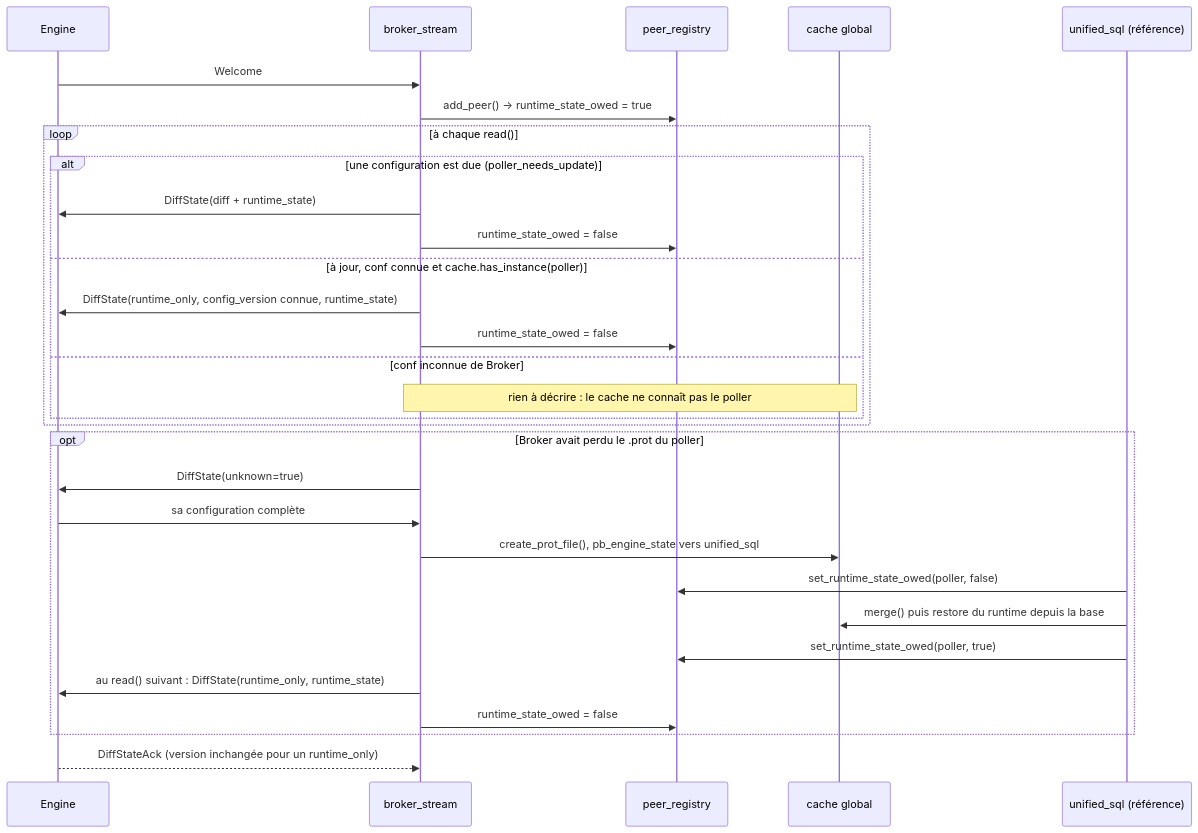
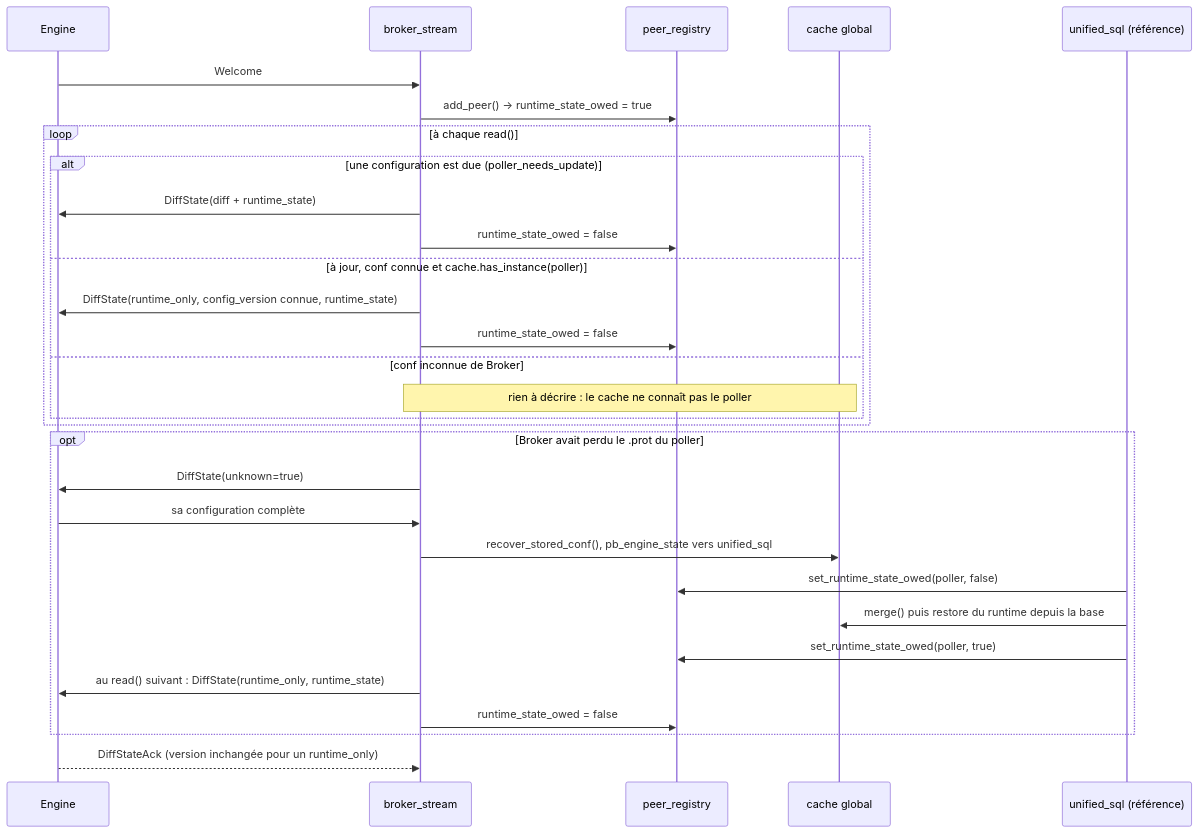
The eighth of 8 diagrams in doc/nego-engine-broker/06-remote-servers-fr.md (centreon/centreon-collect), drawn with Mermaid before and after one commit. The commit also changed 5 other files, not shown here.

````diff
--- a/doc/nego-engine-broker/06-remote-servers-fr.md
+++ b/doc/nego-engine-broker/06-remote-servers-fr.md
@@ -619,32 +619,32 @@
 ```mermaid
 sequenceDiagram
     participant E as Engine
     participant S as broker_stream
     participant R as peer_registry
     participant C as cache global
     participant U as unified_sql (référence)
     E->>S: Welcome
     S->>R: add_peer() → runtime_state_owed = true
     loop à chaque read()
         alt une configuration est due (poller_needs_update)
             S->>E: DiffState(diff + runtime_state)
             S->>R: runtime_state_owed = false
         else à jour, conf connue et cache.has_instance(poller)
             S->>E: DiffState(runtime_only, config_version connue, runtime_state)
             S->>R: runtime_state_owed = false
         else conf inconnue de Broker
             Note over S,C: rien à décrire : le cache ne connaît pas le poller
         end
     end
     opt Broker avait perdu le .prot du poller
         S->>E: DiffState(unknown=true)
         E->>S: sa configuration complète
-        S->>C: create_prot_file(), pb_engine_state vers unified_sql
+        S->>C: recover_stored_conf(), pb_engine_state vers unified_sql
         U->>R: set_runtime_state_owed(poller, false)
         U->>C: merge() puis restore du runtime depuis la base
         U->>R: set_runtime_state_owed(poller, true)
         S->>E: au read() suivant : DiffState(runtime_only, runtime_state)
         S->>R: runtime_state_owed = false
     end
     E-->>S: DiffStateAck (version inchangée pour un runtime_only)
 ```
````
